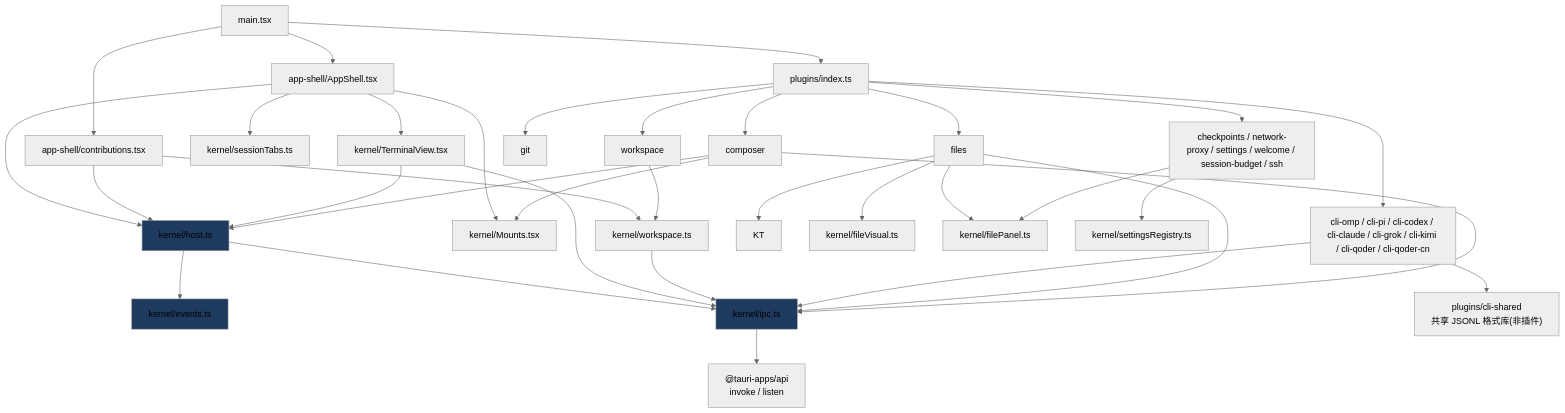
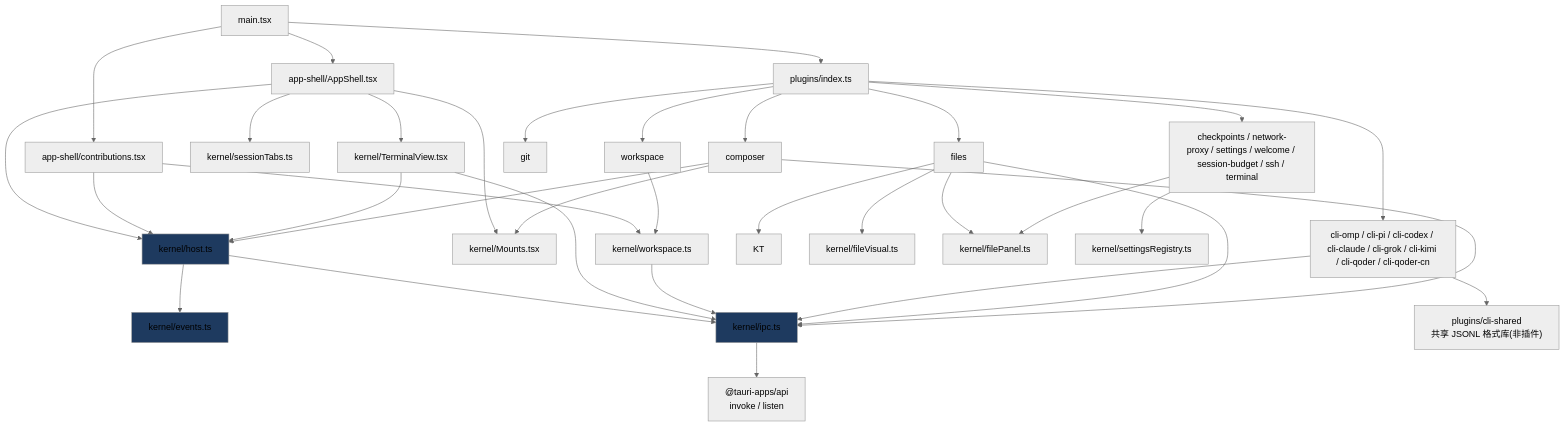
The eighth of 8 diagrams in docs/architecture/02-code-architecture.md (chenxiangning/tmd-cli), drawn with Mermaid (neutral theme) before and after one commit. The commit also changed other lines of this file and 2 other files, not shown here.

Commit message:
docs(terminal): 架构沉淀内置终端三等会话契约,01/02 校准与 spec 状态翻转

````diff
--- a/docs/architecture/02-code-architecture.md
+++ b/docs/architecture/02-code-architecture.md
@@ -348,39 +349,39 @@
 ```mermaid
 flowchart TD
     M["main.tsx"] --> AS["app-shell/AppShell.tsx"]
     M --> CT["app-shell/contributions.tsx"]
     M --> PI["plugins/index.ts"]
 
     AS --> KH["kernel/host.ts"]
     AS --> KM["kernel/Mounts.tsx"]
     AS --> KTV["kernel/TerminalView.tsx"]
     AS --> KST["kernel/sessionTabs.ts"]
     CT --> KH
     CT --> KW["kernel/workspace.ts"]
 
     PI --> P1["cli-omp / cli-pi / cli-codex / cli-claude / cli-grok / cli-kimi / cli-qoder / cli-qoder-cn"]
     PI --> P2["workspace"]
     PI --> P3["files"]
     PI --> P4["git"]
     PI --> P5["composer"]
-    PI --> P6["checkpoints / network-proxy / settings / welcome / session-budget / ssh"]
+    PI --> P6["checkpoints / network-proxy / settings / welcome / session-budget / ssh / terminal"]
 
     KH --> KE["kernel/events.ts"]
     KH --> KI["kernel/ipc.ts"]
     KTV --> KI
     KTV --> KH
     KW --> KI
 
     P1 --> KI
     P1 --> SH["plugins/cli-shared<br/>共享 JSONL 格式库(非插件)"]
     P2 --> KW
     P3 --> KI & KT & KFV["kernel/fileVisual.ts"] & KFP["kernel/filePanel.ts"]
     P6 --> KFP & KSR["kernel/settingsRegistry.ts"]
     P5 --> KH & KM & KI
 
     KI --> TAPI["@tauri-apps/api<br/>invoke / listen"]
 
     style KE fill:#1e3a5f
     style KI fill:#1e3a5f
     style KH fill:#1e3a5f
 ```
````
